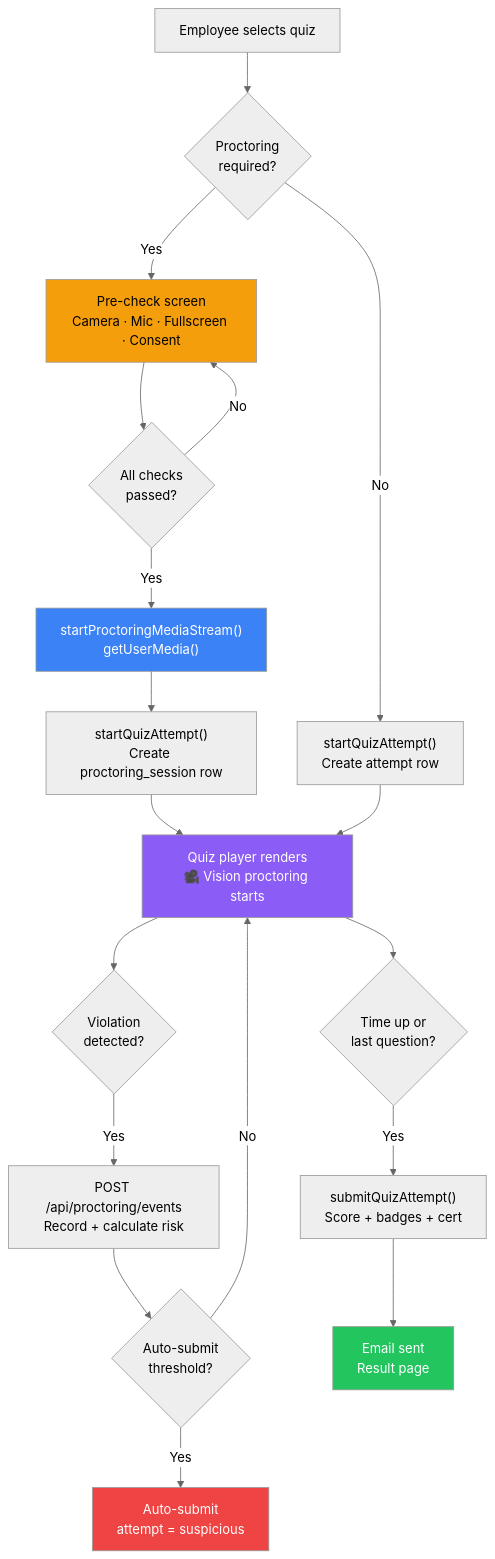
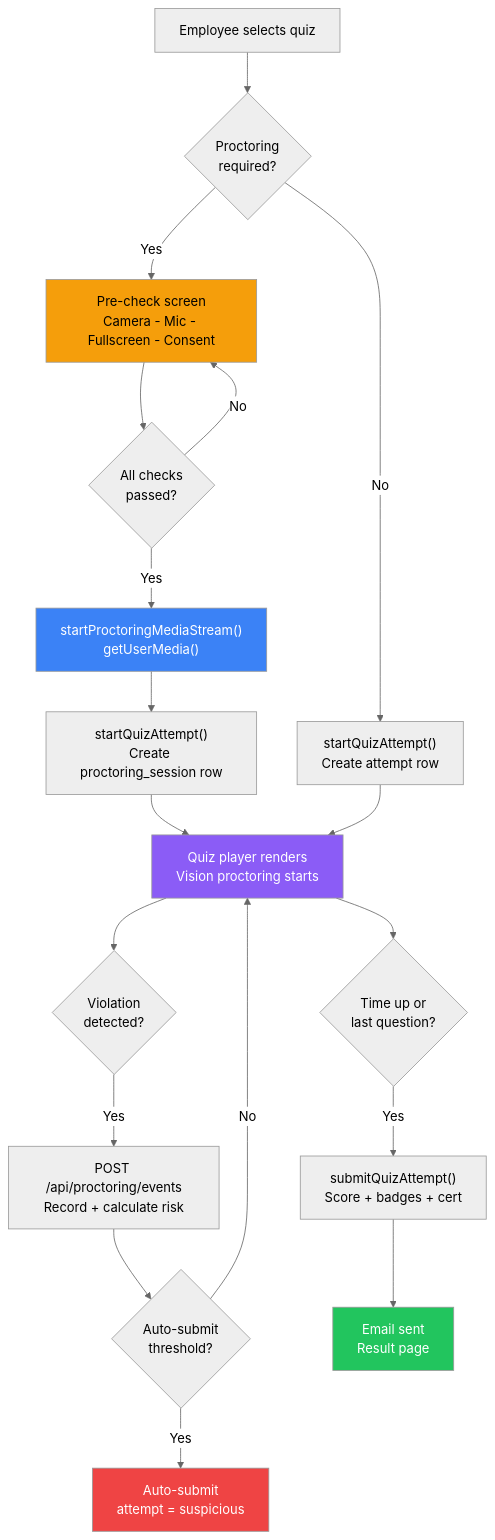
Before and after one commit to itslaks/SkillTest_AI: the third of 6 diagrams in docs/ARCHITECTURE.md, drawn with Mermaid (neutral theme). The commit also changed other lines of this file and 4 other files, not shown here.

````diff
--- a/docs/ARCHITECTURE.md
+++ b/docs/ARCHITECTURE.md
@@ -184,31 +184,31 @@
 ```mermaid
 flowchart TD
     A["Employee selects quiz"] --> B{"Proctoring\nrequired?"}
 
     B -->|No| C["startQuizAttempt()\nCreate attempt row"]
-    B -->|Yes| D["Pre-check screen\nCamera · Mic · Fullscreen · Consent"]
+    B -->|Yes| D["Pre-check screen\nCamera - Mic - Fullscreen - Consent"]
 
     D --> E{"All checks\npassed?"}
     E -->|No| D
     E -->|Yes| F["startProctoringMediaStream()\ngetUserMedia()"]
     F --> G["startQuizAttempt()\nCreate proctoring_session row"]
 
-    G --> H["Quiz player renders\n🎥 Vision proctoring starts"]
+    G --> H["Quiz player renders\n Vision proctoring starts"]
     C --> H
 
     H --> I{"Violation\ndetected?"}
     I -->|Yes| J["POST /api/proctoring/events\nRecord + calculate risk"]
     J --> K{"Auto-submit\nthreshold?"}
     K -->|Yes| L["Auto-submit\nattempt = suspicious"]
     K -->|No| H
 
     H --> M{"Time up or\nlast question?"}
     M -->|Yes| N["submitQuizAttempt()\nScore + badges + cert"]
     N --> O["Email sent\nResult page"]
 
     style D fill:#f59e0b,color:#000
     style F fill:#3b82f6,color:#fff
     style H fill:#8b5cf6,color:#fff
     style L fill:#ef4444,color:#fff
     style O fill:#22c55e,color:#fff
 ```
````
